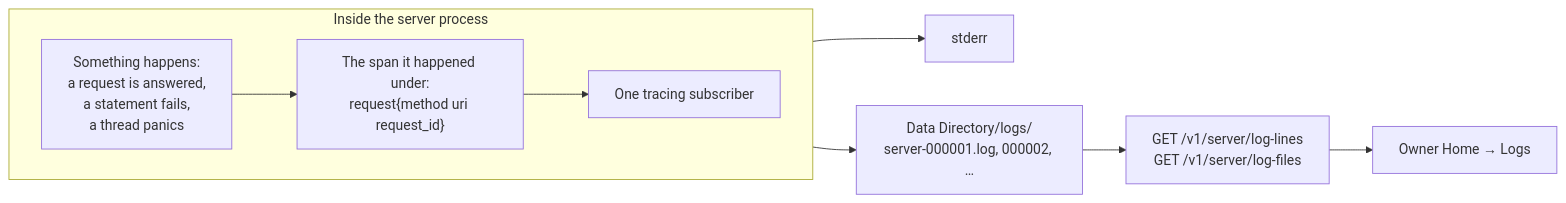
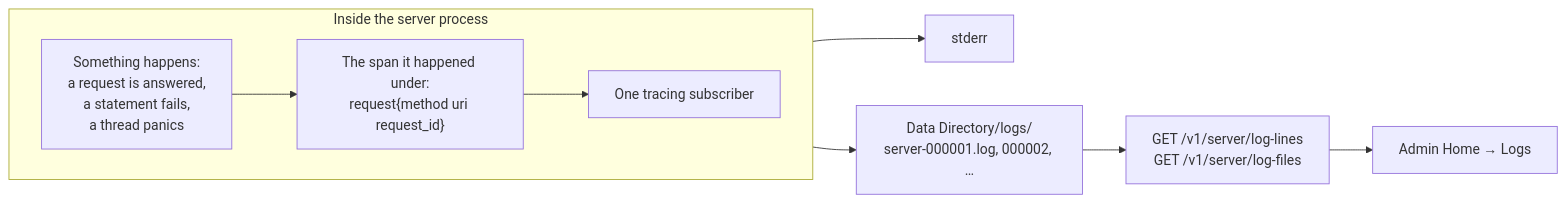
One commit to messagecrate/message-crate changed the diagram in docs/architecture/server-log.md. Above: the diagram before and after it, drawn with Mermaid. The commit also changed other lines of this file and 345 other files, not shown here.

````diff
--- a/docs/architecture/server-log.md
+++ b/docs/architecture/server-log.md
@@ -11,14 +11,14 @@
 ```mermaid
 flowchart LR
     subgraph inside["Inside the server process"]
         direction LR
         E["Something happens:<br/>a request is answered,<br/>a statement fails,<br/>a thread panics"]
         T["The span it happened under:<br/>request{method uri request_id}"]
         S["One tracing subscriber"]
         E --> T --> S
     end
     S --> SE["stderr"]
     S --> F["Data Directory/logs/<br/>server-000001.log, 000002, …"]
     F --> R["GET /v1/server/log-lines<br/>GET /v1/server/log-files"]
-    R --> P["Owner Home → Logs"]
+    R --> P["Admin Home → Logs"]
 ```
````
